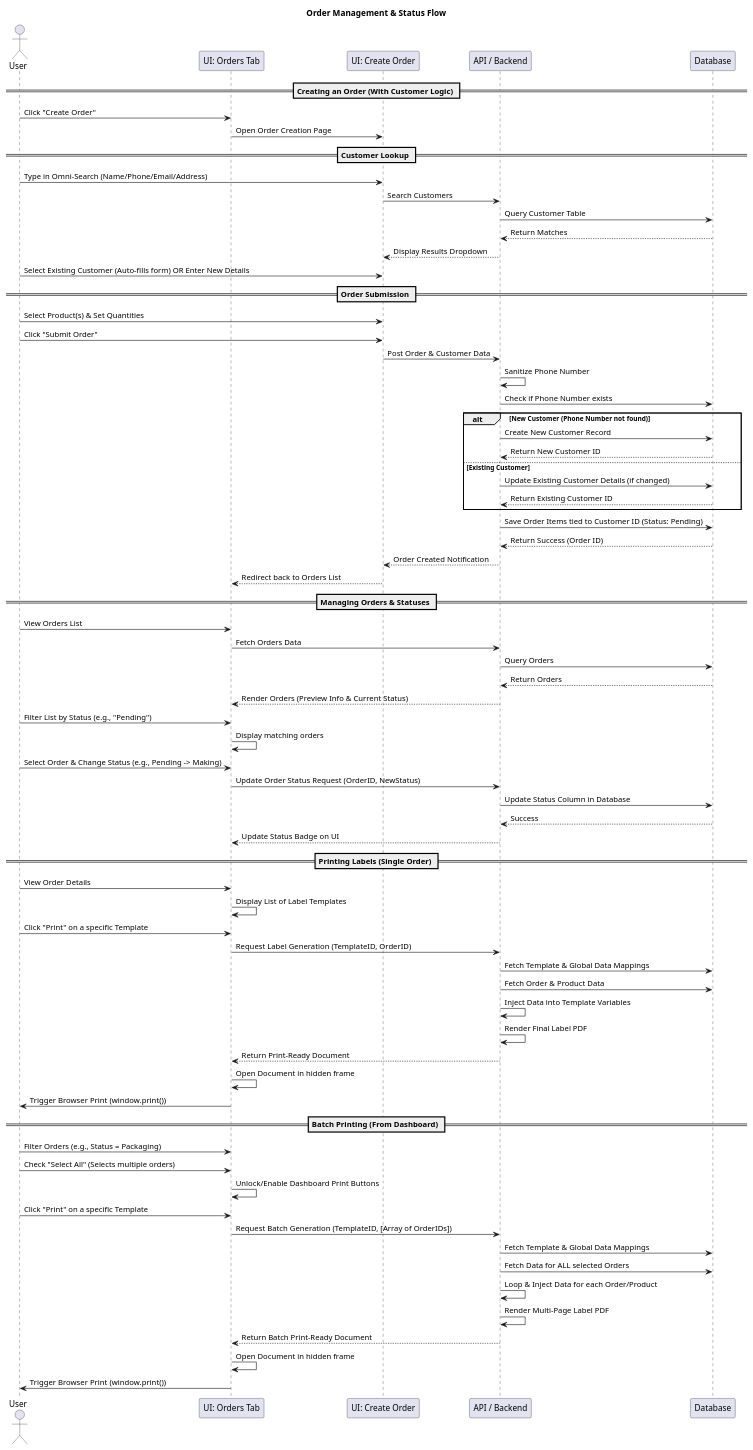
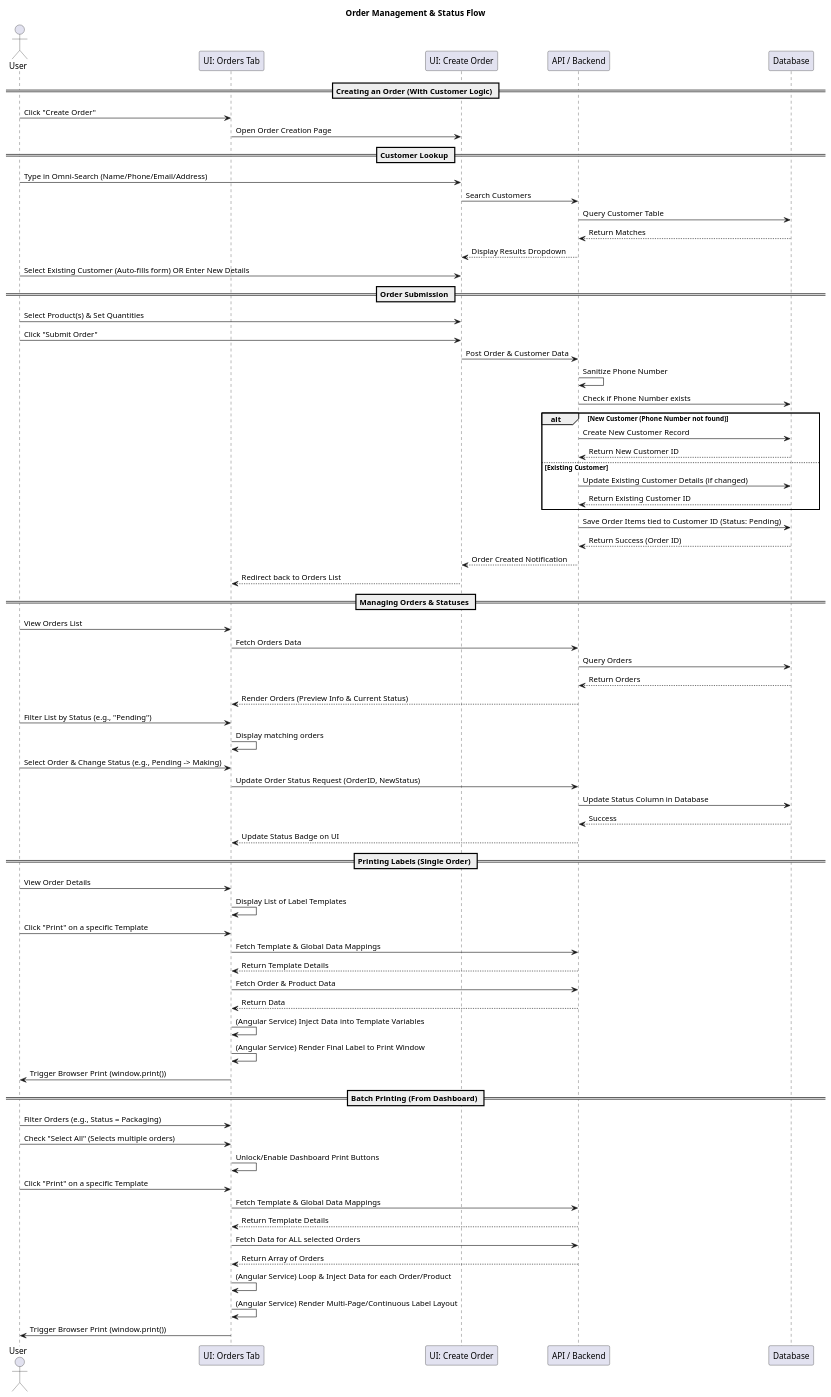
The diagram in requirements/order_management_flow.puml (Mudith-Jayasanka/Stock-Manager), drawn with PlantUML before and after one commit. The commit also changed 3 other files, not shown here.

```diff
--- a/requirements/order_management_flow.puml
+++ b/requirements/order_management_flow.puml
@@ -1,90 +1,88 @@
 @startuml
 title Order Management & Status Flow
 
 actor User
 participant "UI: Orders Tab" as UI
 participant "UI: Create Order" as Creator
 participant "API / Backend" as API
 participant "Database" as DB
 
 == Creating an Order (With Customer Logic) ==
 User -> UI: Click "Create Order"
 UI -> Creator: Open Order Creation Page
 
 == Customer Lookup ==
 User -> Creator: Type in Omni-Search (Name/Phone/Email/Address)
 Creator -> API: Search Customers
 API -> DB: Query Customer Table
 DB --> API: Return Matches
 API --> Creator: Display Results Dropdown
 User -> Creator: Select Existing Customer (Auto-fills form) OR Enter New Details
 
 == Order Submission ==
 User -> Creator: Select Product(s) & Set Quantities
 User -> Creator: Click "Submit Order"
 
 Creator -> API: Post Order & Customer Data
 API -> API: Sanitize Phone Number
 API -> DB: Check if Phone Number exists
 
 alt New Customer (Phone Number not found)
     API -> DB: Create New Customer Record
     DB --> API: Return New Customer ID
 else Existing Customer
     API -> DB: Update Existing Customer Details (if changed)
     DB --> API: Return Existing Customer ID
 end
 
 API -> DB: Save Order Items tied to Customer ID (Status: Pending)
 DB --> API: Return Success (Order ID)
 API --> Creator: Order Created Notification
 Creator --> UI: Redirect back to Orders List
 
 == Managing Orders & Statuses ==
 User -> UI: View Orders List
 UI -> API: Fetch Orders Data
 API -> DB: Query Orders
 DB --> API: Return Orders
 API --> UI: Render Orders (Preview Info & Current Status)
 
 User -> UI: Filter List by Status (e.g., "Pending")
 UI -> UI: Display matching orders
 
 User -> UI: Select Order & Change Status (e.g., Pending -> Making)
 UI -> API: Update Order Status Request (OrderID, NewStatus)
 API -> DB: Update Status Column in Database
 DB --> API: Success
 API --> UI: Update Status Badge on UI
 
 == Printing Labels (Single Order) ==
 User -> UI: View Order Details
 UI -> UI: Display List of Label Templates
 User -> UI: Click "Print" on a specific Template
 
-UI -> API: Request Label Generation (TemplateID, OrderID)
-API -> DB: Fetch Template & Global Data Mappings
-API -> DB: Fetch Order & Product Data
-API -> API: Inject Data into Template Variables
-API -> API: Render Final Label PDF
+UI -> API: Fetch Template & Global Data Mappings
+API --> UI: Return Template Details
+UI -> API: Fetch Order & Product Data
+API --> UI: Return Data
+UI -> UI: (Angular Service) Inject Data into Template Variables
+UI -> UI: (Angular Service) Render Final Label to Print Window
 
-API --> UI: Return Print-Ready Document
-UI -> UI: Open Document in hidden frame
 UI -> User: Trigger Browser Print (window.print())
 
 == Batch Printing (From Dashboard) ==
 User -> UI: Filter Orders (e.g., Status = Packaging)
 User -> UI: Check "Select All" (Selects multiple orders)
 UI -> UI: Unlock/Enable Dashboard Print Buttons
 User -> UI: Click "Print" on a specific Template
 
-UI -> API: Request Batch Generation (TemplateID, [Array of OrderIDs])
-API -> DB: Fetch Template & Global Data Mappings
-API -> DB: Fetch Data for ALL selected Orders
-API -> API: Loop & Inject Data for each Order/Product
-API -> API: Render Multi-Page Label PDF
+UI -> API: Fetch Template & Global Data Mappings
+API --> UI: Return Template Details
+UI -> API: Fetch Data for ALL selected Orders
+API --> UI: Return Array of Orders
+UI -> UI: (Angular Service) Loop & Inject Data for each Order/Product
+UI -> UI: (Angular Service) Render Multi-Page/Continuous Label Layout
 
-API --> UI: Return Batch Print-Ready Document
-UI -> UI: Open Document in hidden frame
 UI -> User: Trigger Browser Print (window.print())
 
 @enduml
```
